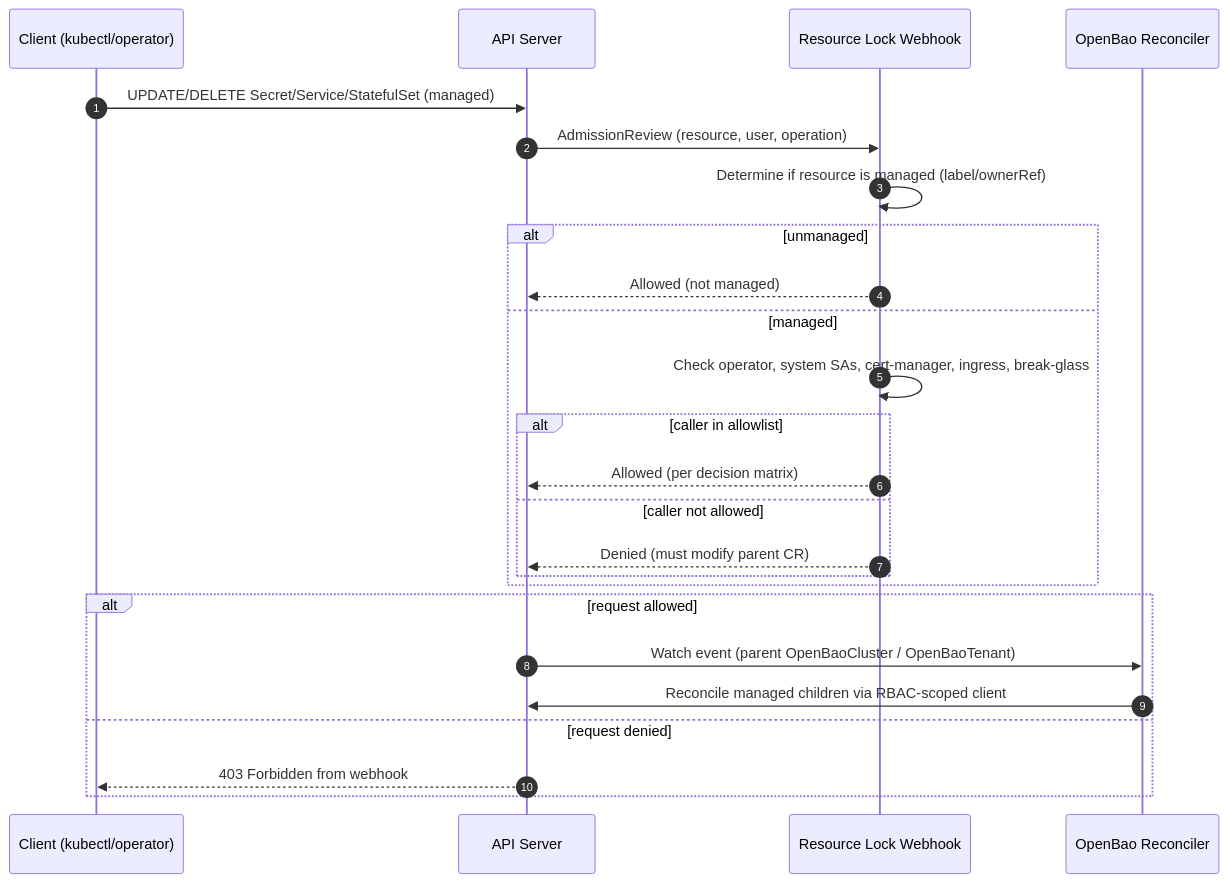
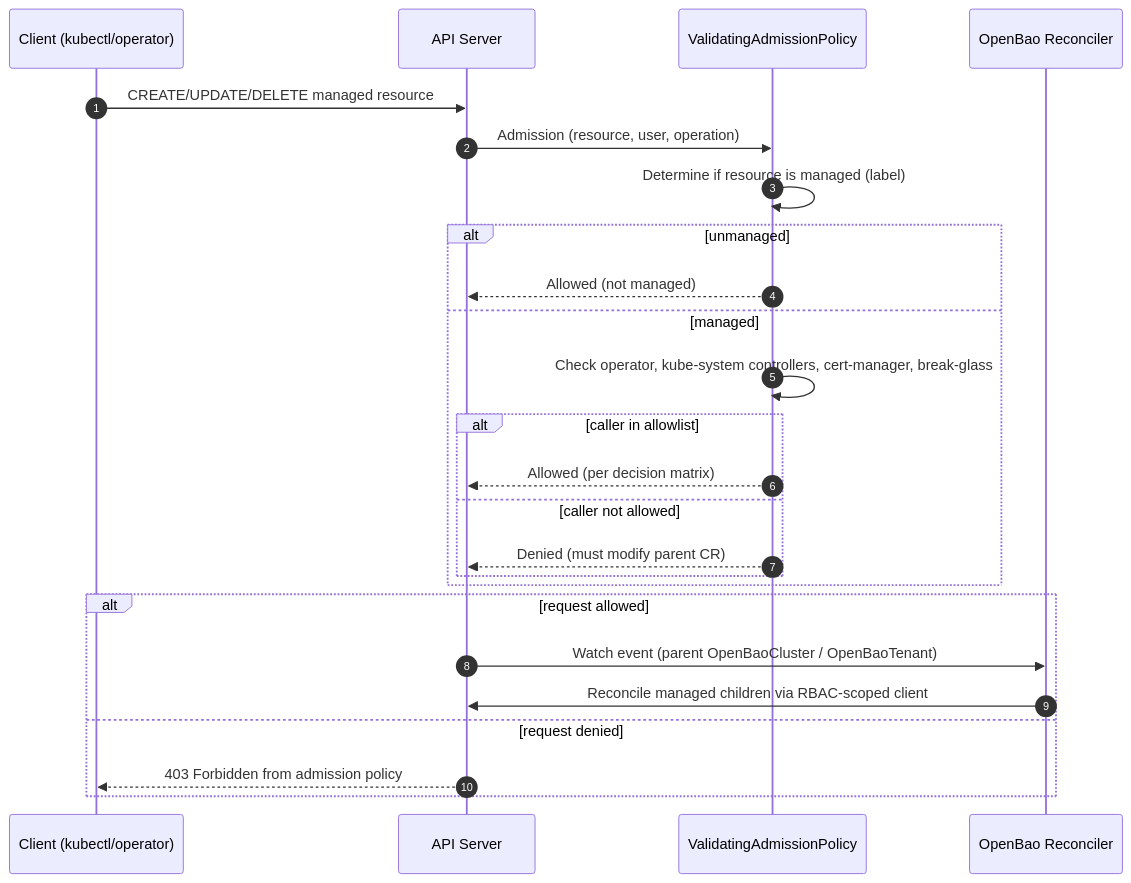
Before and after one commit to dc-tec/openbao-operator: the second of 2 diagrams in docs/security.md, drawn with Mermaid. The commit also changed other lines of this file and 23 other files, not shown here.

````diff
--- a/docs/security.md
+++ b/docs/security.md
@@ -200,28 +197,28 @@
 ```mermaid
 sequenceDiagram
     autonumber
     participant C as Client (kubectl/operator)
     participant S as API Server
-    participant W as Resource Lock Webhook
+    participant W as ValidatingAdmissionPolicy
     participant R as OpenBao Reconciler
 
-    C->>S: UPDATE/DELETE Secret/Service/StatefulSet (managed)
-    S->>W: AdmissionReview (resource, user, operation)
-    W->>W: Determine if resource is managed (label/ownerRef)
+    C->>S: CREATE/UPDATE/DELETE managed resource
+    S->>W: Admission (resource, user, operation)
+    W->>W: Determine if resource is managed (label)
     alt unmanaged
         W-->>S: Allowed (not managed)
     else managed
-        W->>W: Check operator, system SAs, cert-manager, ingress, break-glass
+        W->>W: Check operator, kube-system controllers, cert-manager, break-glass
         alt caller in allowlist
             W-->>S: Allowed (per decision matrix)
         else caller not allowed
             W-->>S: Denied (must modify parent CR)
         end
     end
     alt request allowed
         S->>R: Watch event (parent OpenBaoCluster / OpenBaoTenant)
         R->>S: Reconcile managed children via RBAC‑scoped client
     else request denied
-        S-->>C: 403 Forbidden from webhook
+        S-->>C: 403 Forbidden from admission policy
     end
 ```
````
